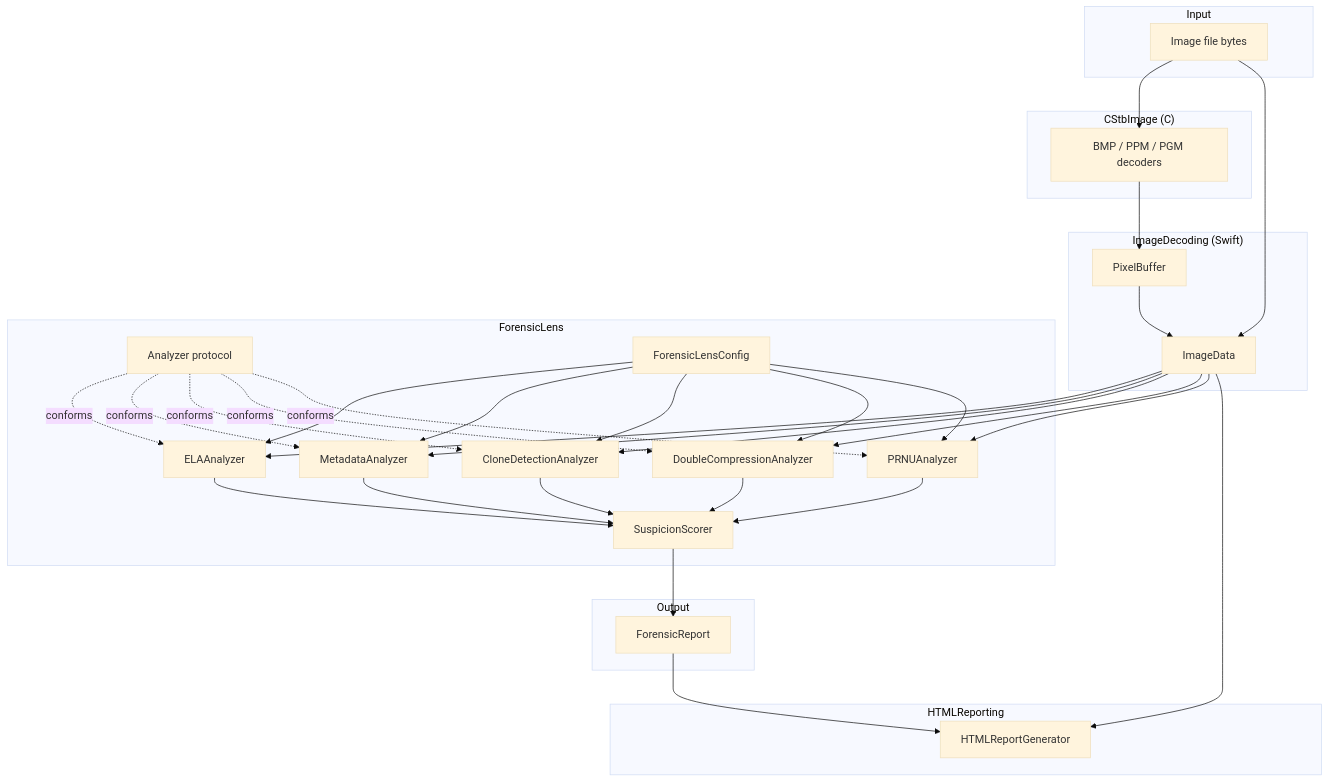
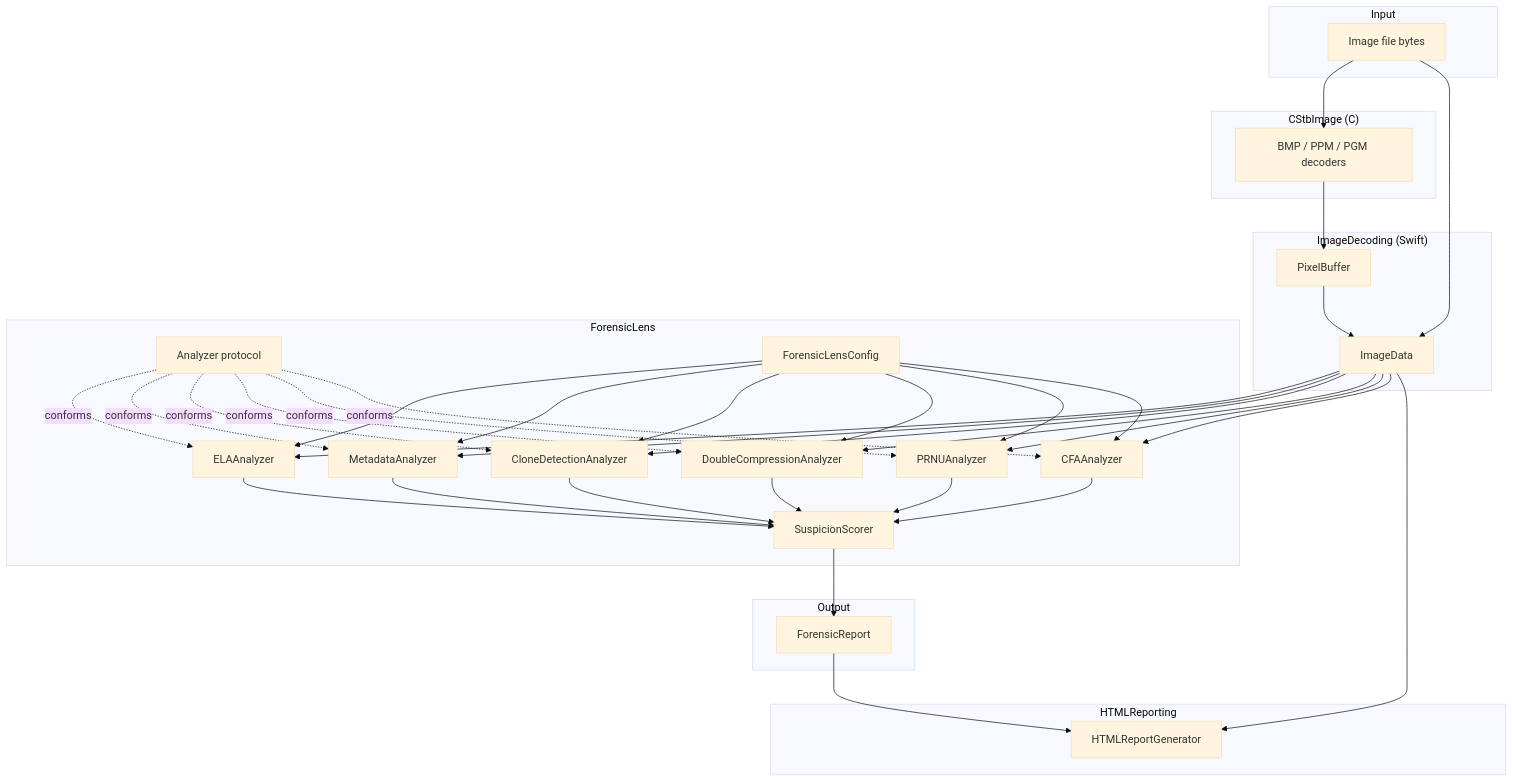
Before and after one commit to Deipedra34/ForensicLens: the diagram in README.md, drawn with Mermaid (base theme). The commit also changed other lines of this file and 18 other files, not shown here.

````diff
--- a/README.md
+++ b/README.md
@@ -32,62 +33,67 @@
 ```mermaid
 flowchart TB
     subgraph Input
         File[Image file bytes]
     end
 
     subgraph CStbImage["CStbImage (C)"]
         Decode[BMP / PPM / PGM decoders]
     end
 
     subgraph ImageDecoding["ImageDecoding (Swift)"]
         PixelBuffer[PixelBuffer]
         ImageData[ImageData]
     end
 
     subgraph ForensicLens["ForensicLens"]
         Analyzer["Analyzer protocol"]
         ELA[ELAAnalyzer]
         Meta[MetadataAnalyzer]
         Clone[CloneDetectionAnalyzer]
         DoubleComp[DoubleCompressionAnalyzer]
         PRNU[PRNUAnalyzer]
+        CFA[CFAAnalyzer]
         Scorer[SuspicionScorer]
         Config[ForensicLensConfig]
     end
 
     subgraph Output
         Report[ForensicReport]
     end
 
     subgraph HTMLReporting["HTMLReporting"]
         HTML[HTMLReportGenerator]
     end
 
     File --> Decode
     Decode --> PixelBuffer
     File --> ImageData
     PixelBuffer --> ImageData
     ImageData --> ELA
     ImageData --> Meta
     ImageData --> Clone
     ImageData --> DoubleComp
     ImageData --> PRNU
+    ImageData --> CFA
     Analyzer -.conforms.-> ELA
     Analyzer -.conforms.-> Meta
     Analyzer -.conforms.-> Clone
     Analyzer -.conforms.-> DoubleComp
     Analyzer -.conforms.-> PRNU
+    Analyzer -.conforms.-> CFA
     Config --> ELA
     Config --> Meta
     Config --> Clone
     Config --> DoubleComp
     Config --> PRNU
+    Config --> CFA
     ELA --> Scorer
     Meta --> Scorer
     Clone --> Scorer
     DoubleComp --> Scorer
     PRNU --> Scorer
+    CFA --> Scorer
     Scorer --> Report
     Report --> HTML
     ImageData --> HTML
 ```
````
